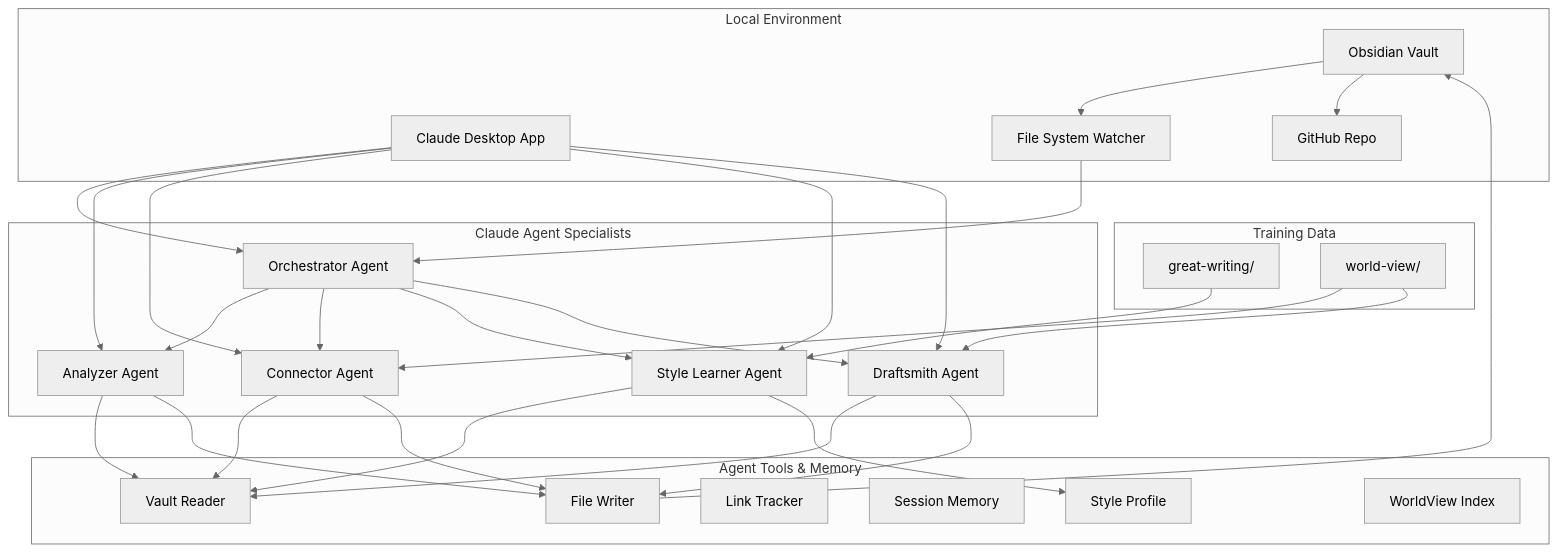
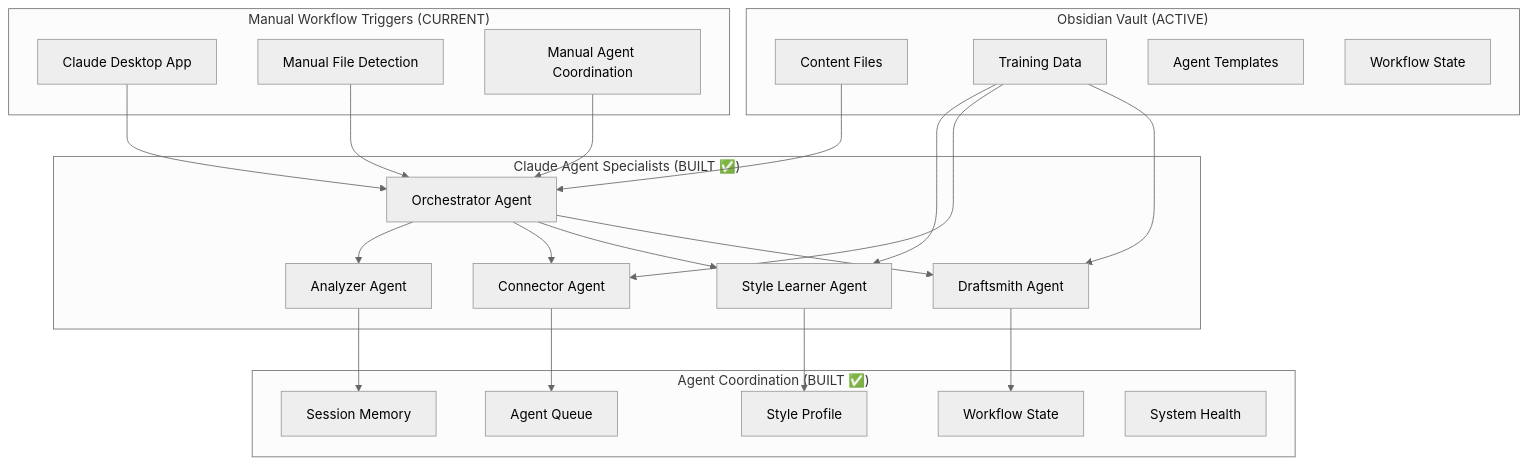
Before and after one commit to bravura-studio/andochoa.com: the first of 2 diagrams in project-docs/claude_agents_prd.md, drawn with Mermaid (neutral theme). The commit also changed other lines of this file and 1 other file, not shown here.

Commit message:
vault backup: 2025-09-18 11:11:49

````diff
--- a/project-docs/claude_agents_prd.md
+++ b/project-docs/claude_agents_prd.md
@@ -23,61 +31,50 @@
 ```mermaid
 graph TB
-    subgraph "Local Environment"
-        A[Obsidian Vault]
-        B[Claude Desktop App]
-        C[GitHub Repo]
-        D[File System Watcher]
+    subgraph "Obsidian Vault (ACTIVE)"
+        A[Content Files]
+        A1[Training Data]
+        A2[Agent Templates]
+        A3[Workflow State]
     end
     
-    subgraph "Training Data"
-        E1[great-writing/]
-        E2[world-view/]
-    end
-    
-    subgraph "Claude Agent Specialists"
+    subgraph "Claude Agent Specialists (BUILT ✅)"
         F[Orchestrator Agent]
         G[Analyzer Agent]
         H[Connector Agent] 
         I[Style Learner Agent]
         J[Draftsmith Agent]
     end
     
-    subgraph "Agent Tools & Memory"
-        K[Vault Reader]
-        L[File Writer]
-        M[Link Tracker]
-        N[Session Memory]
-        O[Style Profile]
-        P[WorldView Index]
+    subgraph "Agent Coordination (BUILT ✅)"
+        K[Session Memory]
+        L[Agent Queue]
+        M[Workflow State]
+        N[Style Profile]
+        O[System Health]
     end
     
-    A --> D
-    D --> F
+    subgraph "Manual Workflow Triggers (CURRENT)"
+        P[Claude Desktop App]
+        Q[Manual File Detection]
+        R[Manual Agent Coordination]
+    end
+    
+    A --> F
     F --> G
-    F --> H
+    F --> H  
     F --> I
     F --> J
     
-    E1 --> I
-    E2 --> H
-    E2 --> J
+    A1 --> I
+    A1 --> H
+    A1 --> J
     
     G --> K
-    H --> K
-    I --> K
-    J --> K
+    H --> L
+    I --> N
+    J --> M
     
-    G --> L
-    H --> L
-    I --> O
-    J --> L
-    
-    B --> F
-    B --> G
-    B --> H
-    B --> I
-    B --> J
-    
-    A --> C
-    L --> A
+    P --> F
+    Q --> F
+    R --> F
 ```
````
